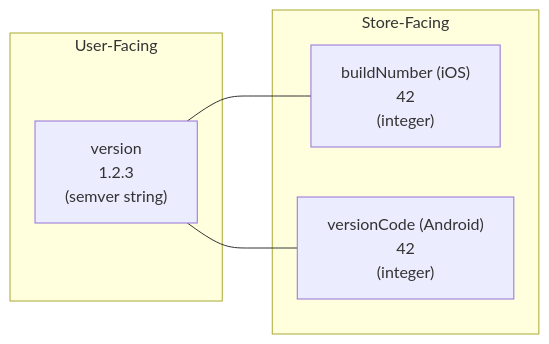
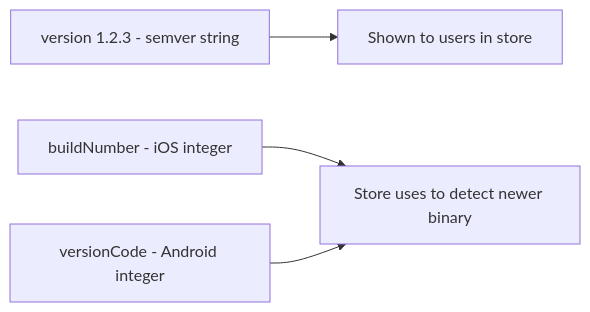
Before and after one commit to BabaScience/react-guides: the eighth of 10 diagrams in arguments/chapters/rn-18-build-deploy.md, drawn with Mermaid. The commit also changed other lines of this file and 63 other files, not shown here.

First line of the commit message:
Enrich React Native roadmap with deeper content, visuals, and FR/IT translations

````diff
--- a/arguments/chapters/rn-18-build-deploy.md
+++ b/arguments/chapters/rn-18-build-deploy.md
@@ -372,12 +478,6 @@
 ```mermaid
 flowchart LR
-    subgraph "User-Facing"
-        A["version<br/>1.2.3<br/>(semver string)"]
-    end
-    subgraph "Store-Facing"
-        B["buildNumber (iOS)<br/>42<br/>(integer)"]
-        C["versionCode (Android)<br/>42<br/>(integer)"]
-    end
-    A --- B
-    A --- C
+    A[version 1.2.3 - semver string] --> D[Shown to users in store]
+    B[buildNumber - iOS integer] --> E[Store uses to detect newer binary]
+    C[versionCode - Android integer] --> E
 ```
````
